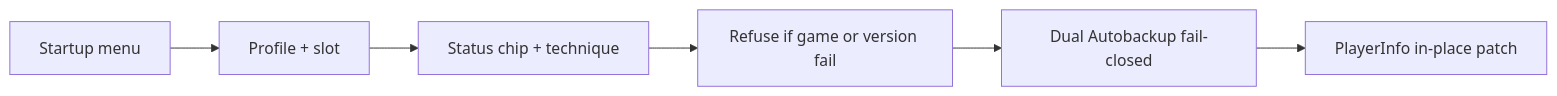
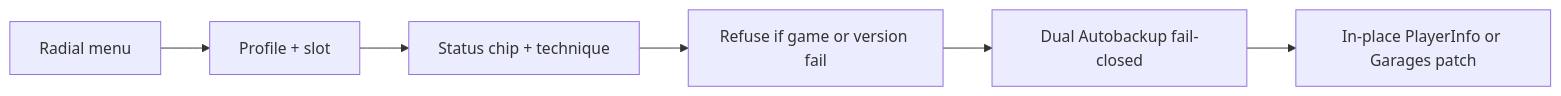
One commit to Metaheurist/4bucks changed the diagram in docs/architecture.md. Above: the diagram before and after it, drawn with Mermaid. The commit also changed other lines of this file and 6 other files, not shown here.

First line of the commit message:
docs: document Garages Block 4, radial menu, and packing imports

````diff
--- a/docs/architecture.md
+++ b/docs/architecture.md
@@ -19,10 +22,10 @@
 ```mermaid
 flowchart LR
-  menu[Startup menu]
+  menu[Radial menu]
   select[Profile + slot]
   chip[Status chip + technique]
   gate[Refuse if game or version fail]
   bak[Dual Autobackup fail-closed]
-  patch[PlayerInfo in-place patch]
+  patch[In-place PlayerInfo or Garages patch]
   menu --> select --> chip --> gate --> bak --> patch
 ```
````
